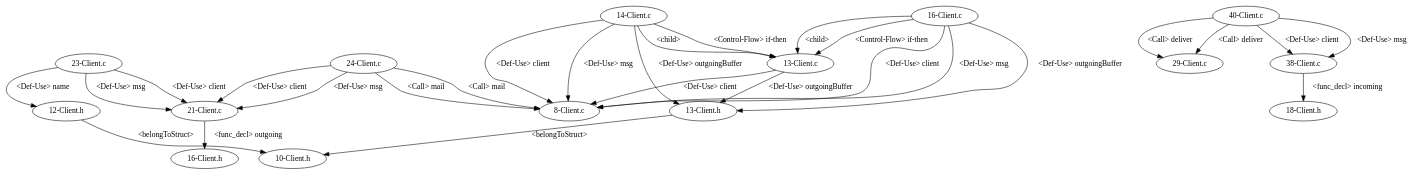
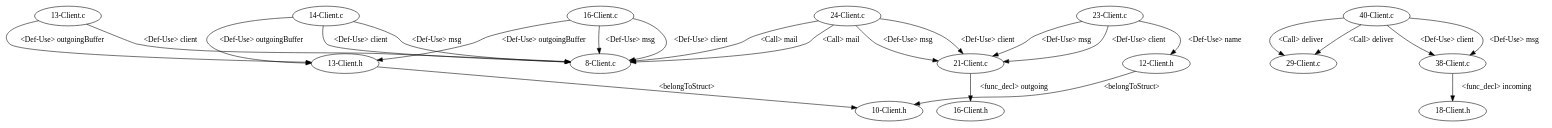
The diagram in testcpp/dependencyGraph/EmailSystem/test_12/graph.gv (shuiblue/JDimeForCpp), drawn with Graphviz before and after one commit. The commit also changed 17 other files, not shown here.

```diff
--- a/testcpp/dependencyGraph/EmailSystem/test_12/graph.gv
+++ b/testcpp/dependencyGraph/EmailSystem/test_12/graph.gv
@@ -1,44 +1,40 @@
 digraph {
 1 [label = "8-Client.c"];
 2 [label = "13-Client.c"];
 2 -> 1[label="<Def-Use> client"];
 3 [label = "14-Client.c"];
 3 -> 1[label="<Def-Use> client"];
 3 -> 1[label="<Def-Use> msg"];
-3 -> 2[label="<child>"];
 4 [label = "16-Client.c"];
 4 -> 1[label="<Def-Use> client"];
-4 -> 2[label="<child>"];
 4 -> 1[label="<Def-Use> msg"];
-3 -> 2[label="<Control-Flow> if-then"];
-4 -> 2[label="<Control-Flow> if-then"];
 5 [label = "21-Client.c"];
 6 [label = "23-Client.c"];
 6 -> 5[label="<Def-Use> msg"];
 6 -> 5[label="<Def-Use> client"];
 7 [label = "24-Client.c"];
 7 -> 1[label="<Call> mail"];
 7 -> 5[label="<Def-Use> client"];
 7 -> 5[label="<Def-Use> msg"];
 8 [label = "29-Client.c"];
 9 [label = "38-Client.c"];
 10 [label = "40-Client.c"];
 10 -> 8[label="<Call> deliver"];
 10 -> 9[label="<Def-Use> client"];
 10 -> 9[label="<Def-Use> msg"];
 11 [label = "10-Client.h"];
 12 [label = "12-Client.h"];
 13 [label = "13-Client.h"];
 12 -> 11[label="<belongToStruct>"];
 13 -> 11[label="<belongToStruct>"];
 14 [label = "16-Client.h"];
 15 [label = "18-Client.h"];
+3 -> 13[label="<Def-Use> outgoingBuffer"];
+10 -> 8[label="<Call> deliver"];
+2 -> 13[label="<Def-Use> outgoingBuffer"];
+6 -> 12[label="<Def-Use> name"];
 7 -> 1[label="<Call> mail"];
-10 -> 8[label="<Call> deliver"];
-3 -> 13[label="<Def-Use> outgoingBuffer"];
 4 -> 13[label="<Def-Use> outgoingBuffer"];
-6 -> 12[label="<Def-Use> name"];
-2 -> 13[label="<Def-Use> outgoingBuffer"];
+5 -> 14[label="<func_decl> outgoing"];
 9 -> 15[label="<func_decl> incoming"];
-5 -> 14[label="<func_decl> outgoing"];
 }
```
